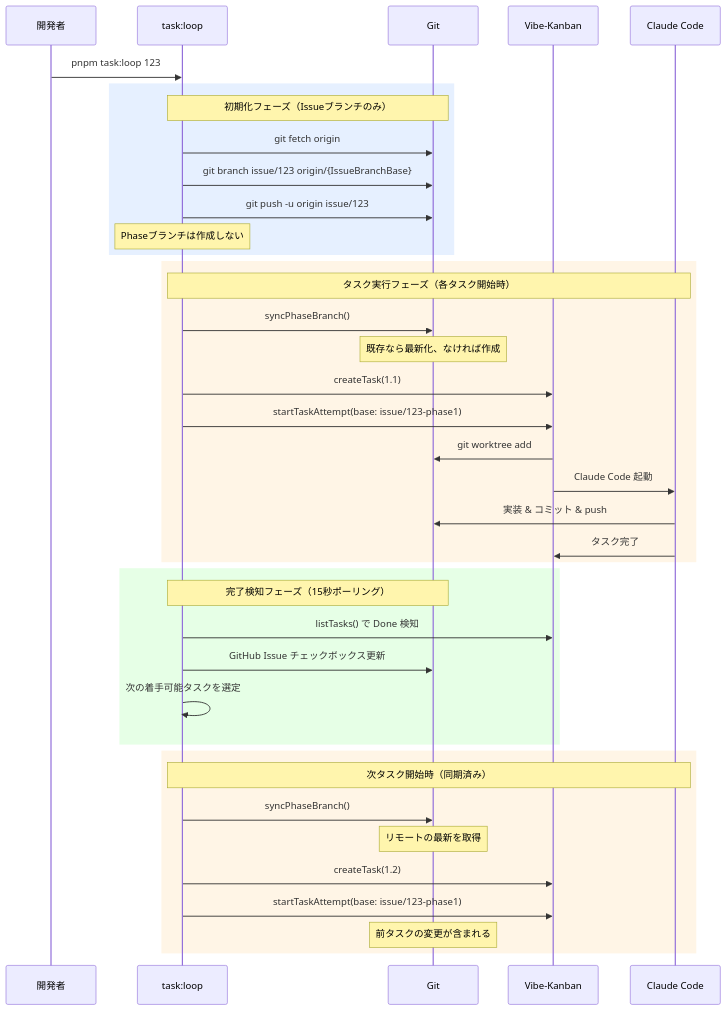
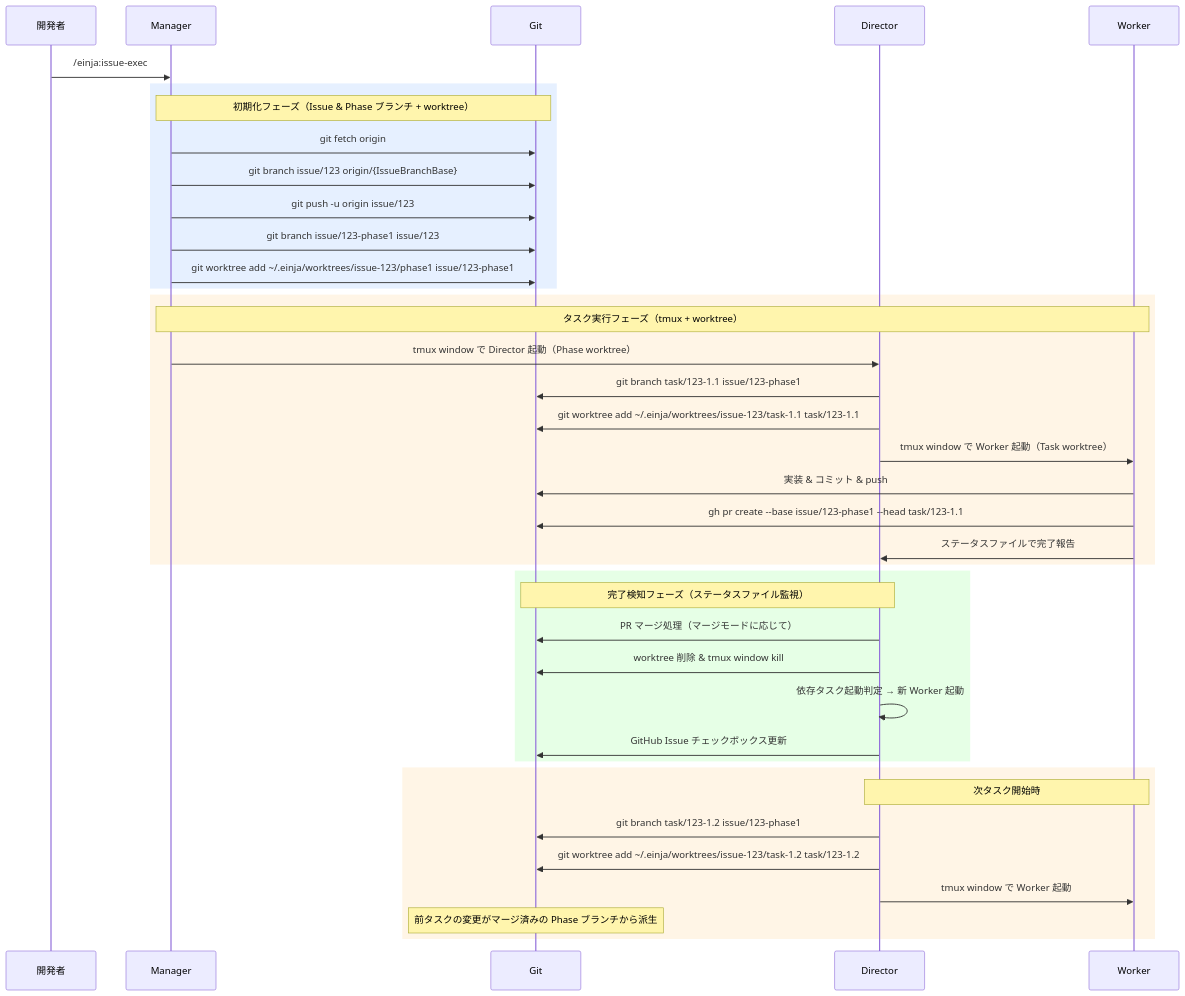
The second of 4 diagrams in docs/einja/steering/branch-strategy.md (einja-inc/einja-management-template), drawn with Mermaid before and after one commit. The commit also changed other lines of this file and 51 other files, not shown here.

First line of the commit message:
feat: issue-exec ワークフロー導入 + task-loop ソースコード復元

````diff
--- a/docs/einja/steering/branch-strategy.md
+++ b/docs/einja/steering/branch-strategy.md
@@ -87,46 +87,46 @@
 ```mermaid
 sequenceDiagram
     participant User as 開発者
-    participant TL as task:loop
+    participant Mgr as Manager
     participant Git as Git
-    participant VK as Vibe-Kanban
-    participant CC as Claude Code
+    participant Dir as Director
+    participant Wkr as Worker
 
-    User->>TL: pnpm task:loop 123
+    User->>Mgr: /einja:issue-exec #123
 
     rect rgb(230,240,255)
-        Note over TL,Git: 初期化フェーズ（Issueブランチのみ）
-        TL->>Git: git fetch origin
-        TL->>Git: git branch issue/123 origin/{IssueBranchBase}
-        TL->>Git: git push -u origin issue/123
-        Note over TL: Phaseブランチは作成しない
+        Note over Mgr,Git: 初期化フェーズ（Issue & Phase ブランチ + worktree）
+        Mgr->>Git: git fetch origin
+        Mgr->>Git: git branch issue/123 origin/{IssueBranchBase}
+        Mgr->>Git: git push -u origin issue/123
+        Mgr->>Git: git branch issue/123-phase1 issue/123
+        Mgr->>Git: git worktree add ~/.einja/worktrees/issue-123/phase1 issue/123-phase1
     end
 
     rect rgb(255,245,230)
-        Note over TL,CC: タスク実行フェーズ（各タスク開始時）
-        TL->>Git: syncPhaseBranch()
-        Note over Git: 既存なら最新化、なければ作成
-        TL->>VK: createTask(1.1)
-        TL->>VK: startTaskAttempt(base: issue/123-phase1)
-        VK->>Git: git worktree add
-        VK->>CC: Claude Code 起動
-        CC->>Git: 実装 & コミット & push
-        CC->>VK: タスク完了
+        Note over Mgr,Wkr: タスク実行フェーズ（tmux + worktree）
+        Mgr->>Dir: tmux window で Director 起動（Phase worktree）
+        Dir->>Git: git branch task/123-1.1 issue/123-phase1
+        Dir->>Git: git worktree add ~/.einja/worktrees/issue-123/task-1.1 task/123-1.1
+        Dir->>Wkr: tmux window で Worker 起動（Task worktree）
+        Wkr->>Git: 実装 & コミット & push
+        Wkr->>Git: gh pr create --base issue/123-phase1 --head task/123-1.1
+        Wkr->>Dir: ステータスファイルで完了報告
     end
 
     rect rgb(230,255,230)
-        Note over TL,Git: 完了検知フェーズ（15秒ポーリング）
-        TL->>VK: listTasks() で Done 検知
-        TL->>Git: GitHub Issue チェックボックス更新
-        TL->>TL: 次の着手可能タスクを選定
+        Note over Dir,Git: 完了検知フェーズ（ステータスファイル監視）
+        Dir->>Git: PR マージ処理（マージモードに応じて）
+        Dir->>Git: worktree 削除 & tmux window kill
+        Dir->>Dir: 依存タスク起動判定 → 新 Worker 起動
+        Dir->>Git: GitHub Issue チェックボックス更新
     end
 
     rect rgb(255,245,230)
-        Note over TL,CC: 次タスク開始時（同期済み）
-        TL->>Git: syncPhaseBranch()
-        Note over Git: リモートの最新を取得
-        TL->>VK: createTask(1.2)
-        TL->>VK: startTaskAttempt(base: issue/123-phase1)
-        Note over Git: 前タスクの変更が含まれる
+        Note over Dir,Wkr: 次タスク開始時
+        Dir->>Git: git branch task/123-1.2 issue/123-phase1
+        Dir->>Git: git worktree add ~/.einja/worktrees/issue-123/task-1.2 task/123-1.2
+        Dir->>Wkr: tmux window で Worker 起動
+        Note over Git: 前タスクの変更がマージ済みの Phase ブランチから派生
     end
 ```
````
